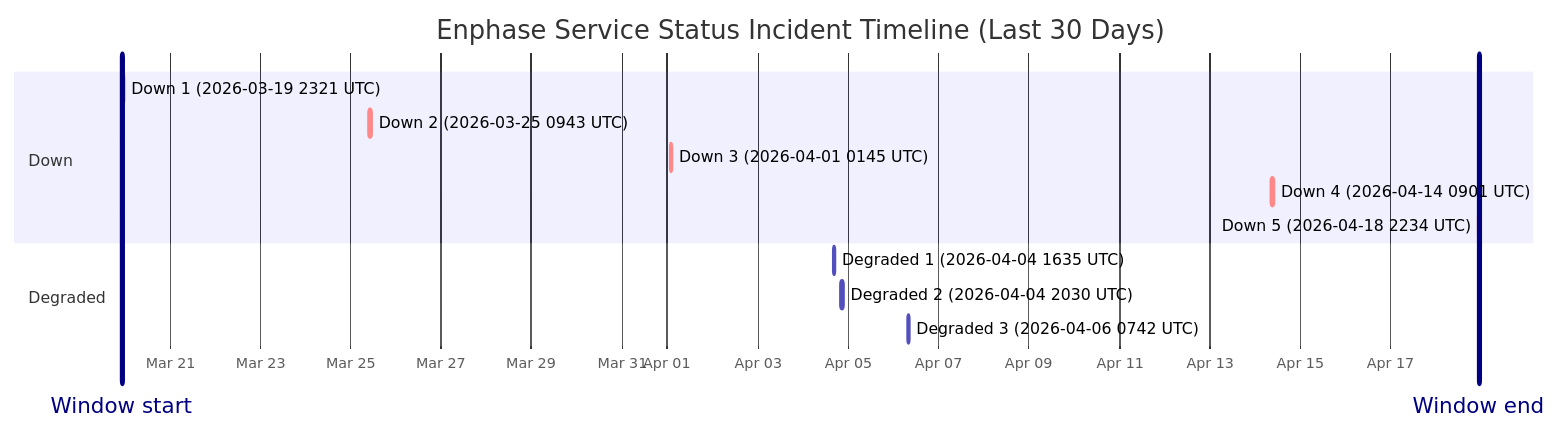
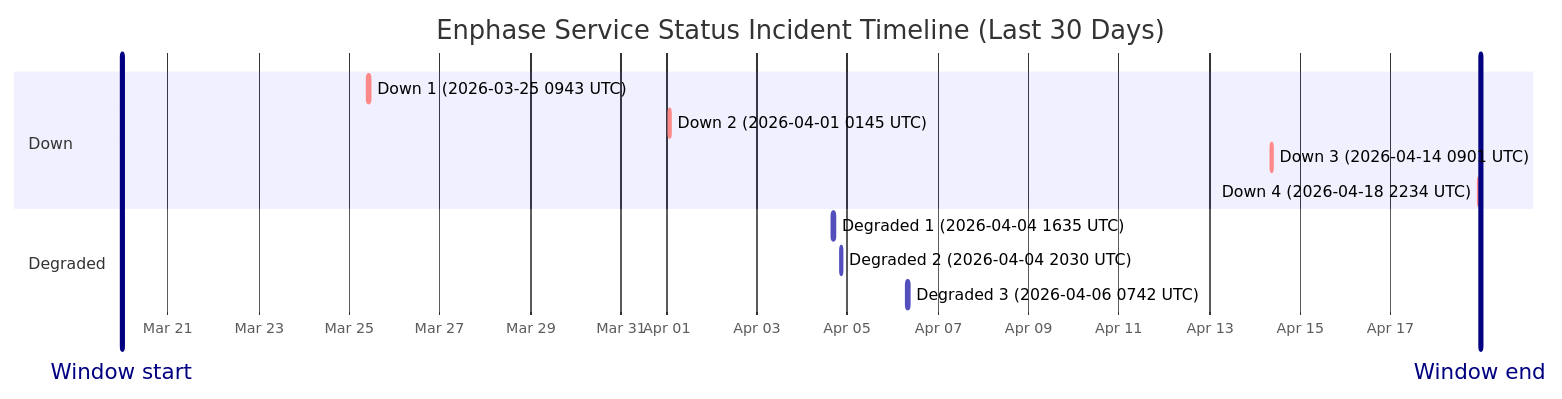
One commit to barneyonline/ha-enphase-ev-charger changed the diagram in wiki/Service-Status-History.md. Above: the diagram before and after it, drawn with Mermaid. The commit also changed other lines of this file and 4 other files, not shown here.

````diff
--- a/wiki/Service-Status-History.md
+++ b/wiki/Service-Status-History.md
@@ -14,18 +14,17 @@
 ```mermaid
 gantt
     title Enphase Service Status Incident Timeline (Last 30 Days)
     dateFormat  YYYY-MM-DDTHH:mm:ss
     axisFormat  %b %d
-    Window start :vert, window-start, 2026-03-19T22:34:13, 0ms
-    Window end :vert, window-end, 2026-04-18T22:34:13, 0ms
+    Window start :vert, window-start, 2026-03-19T23:33:53, 0ms
+    Window end :vert, window-end, 2026-04-18T23:33:53, 0ms
     section Down
-    Down 1 (2026-03-19 2321 UTC) :crit, down-1, 2026-03-19T23:21:29, 60m
-    Down 2 (2026-03-25 0943 UTC) :crit, down-2, 2026-03-25T09:43:28, 111m
-    Down 3 (2026-04-01 0145 UTC) :crit, down-3, 2026-04-01T01:45:09, 60m
-    Down 4 (2026-04-14 0901 UTC) :crit, down-4, 2026-04-14T09:01:13, 60m
-    Down 5 (2026-04-18 2234 UTC) :crit, down-5, 2026-04-18T22:34:13, 60m
+    Down 1 (2026-03-25 0943 UTC) :crit, down-1, 2026-03-25T09:43:28, 111m
+    Down 2 (2026-04-01 0145 UTC) :crit, down-2, 2026-04-01T01:45:09, 60m
+    Down 3 (2026-04-14 0901 UTC) :crit, down-3, 2026-04-14T09:01:13, 60m
+    Down 4 (2026-04-18 2234 UTC) :crit, down-4, 2026-04-18T22:34:13, 60m
     section Degraded
     Degraded 1 (2026-04-04 1635 UTC) :active, degraded-1, 2026-04-04T16:35:17, 60m
     Degraded 2 (2026-04-04 2030 UTC) :active, degraded-2, 2026-04-04T20:30:40, 60m
     Degraded 3 (2026-04-06 0742 UTC) :active, degraded-3, 2026-04-06T07:42:09, 85m
 ```
````
